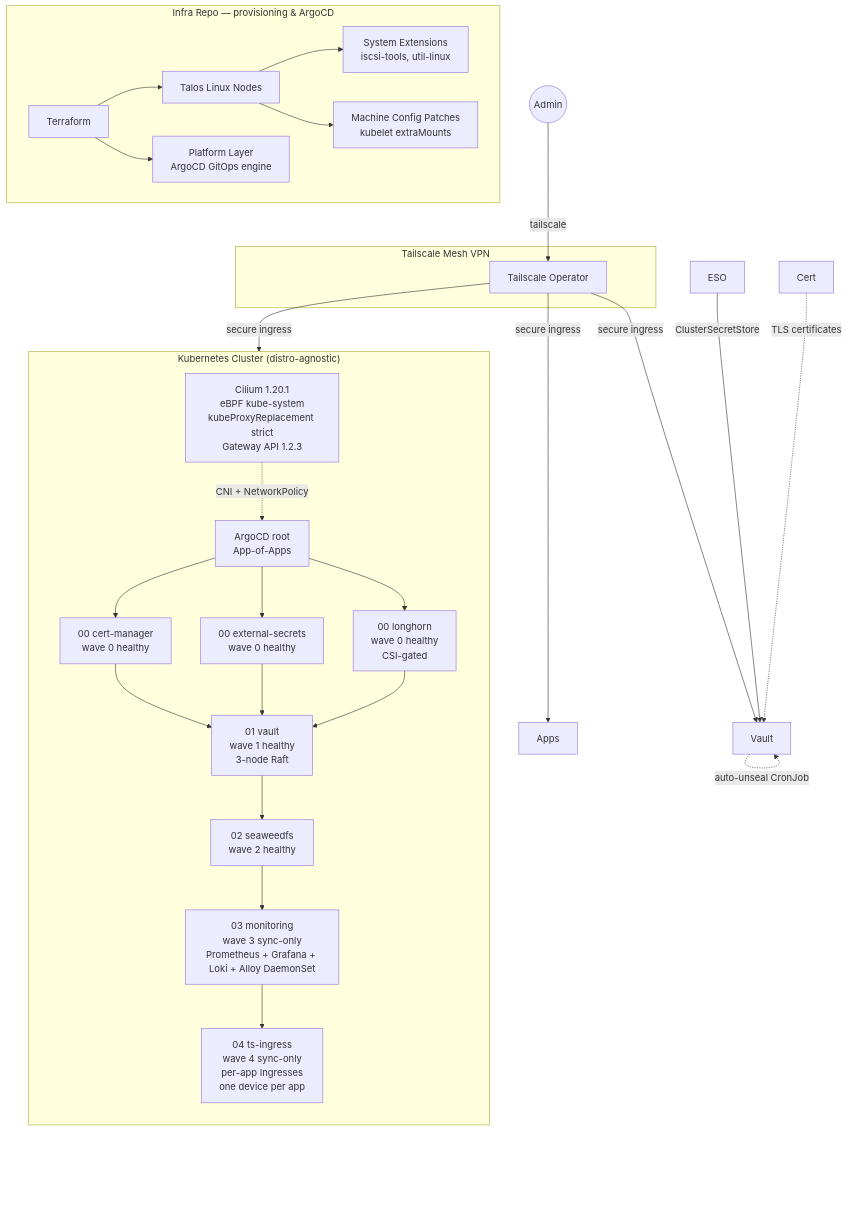
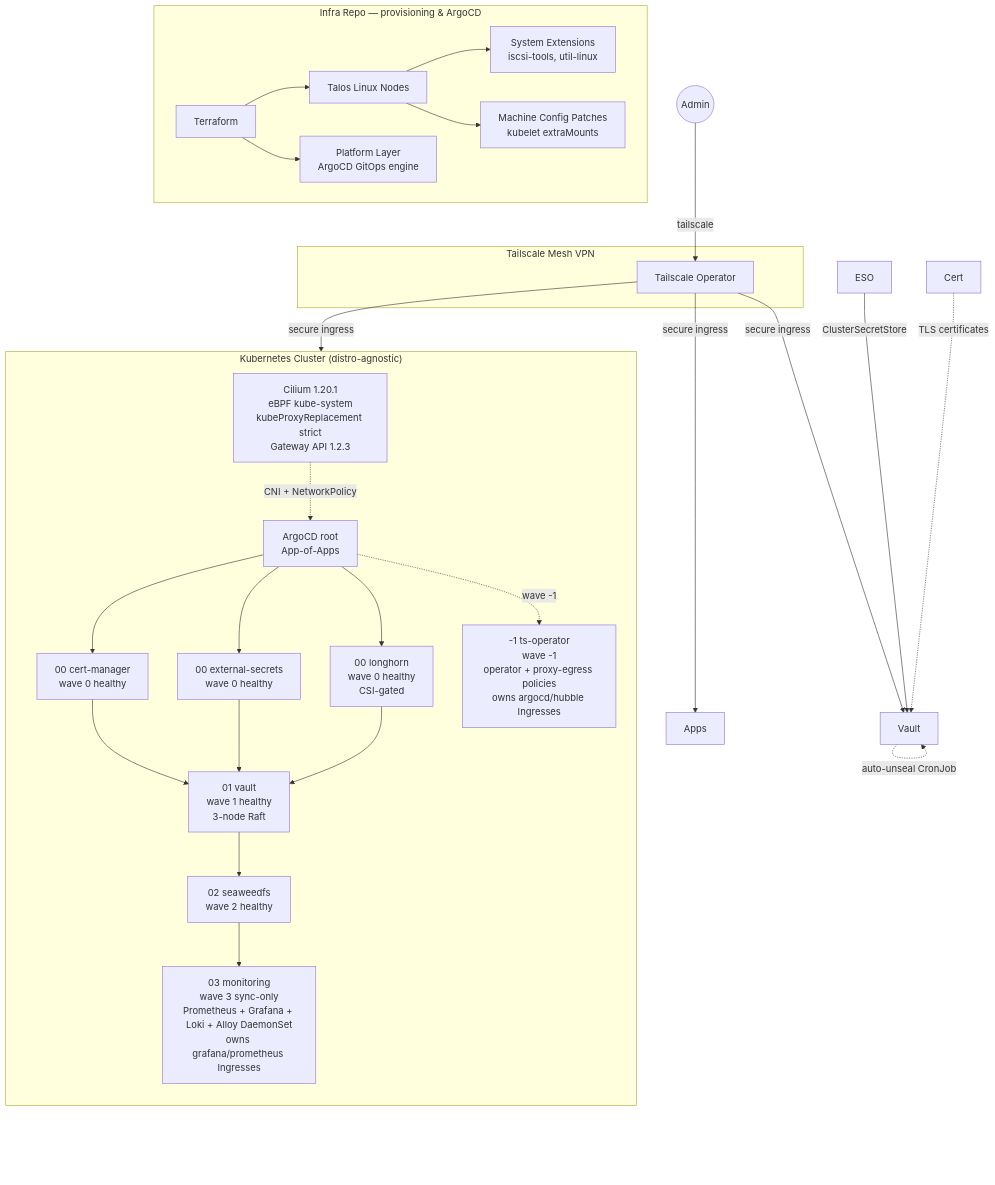
Before and after one commit to Seom88/secured-gitops-tailscale-homelab: the diagram in README.md, drawn with Mermaid. The commit also changed other lines of this file and 10 other files, not shown here.

First line of the commit message:
docs: ts-ingress chart deleted, ingresses owned by charts

````diff
--- a/README.md
+++ b/README.md
@@ -77,47 +77,47 @@
 ```mermaid
 graph TD
     subgraph "Infra Repo — provisioning & ArgoCD"
         TF[Terraform]
         TALOS[Talos Linux Nodes]
         EXT[System Extensions<br/>iscsi-tools, util-linux]
         PATCH[Machine Config Patches<br/>kubelet extraMounts]
         PLATFORM[Platform Layer<br/>ArgoCD GitOps engine]
         TF --> TALOS
         TALOS --> EXT
         TALOS --> PATCH
         TF --> PLATFORM
     end
 
     subgraph "Tailscale Mesh VPN"
         TS[Tailscale Operator]
     end
 
     subgraph "Kubernetes Cluster (distro-agnostic)"
         direction TB
         CILIUM[Cilium 1.20.1<br/>eBPF kube-system<br/>kubeProxyReplacement strict<br/>Gateway API 1.2.3]
         ROOT[ArgoCD root<br/>App-of-Apps]
         W0A[00 cert-manager<br/>wave 0 healthy]
         W0B[00 external-secrets<br/>wave 0 healthy]
         W0C[00 longhorn<br/>wave 0 healthy<br/>CSI-gated]
         W1[01 vault<br/>wave 1 healthy<br/>3-node Raft]
         W2[02 seaweedfs<br/>wave 2 healthy]
-        W3[03 monitoring<br/>wave 3 sync-only<br/>Prometheus + Grafana + Loki + Alloy DaemonSet]
-        W4[04 ts-ingress<br/>wave 4 sync-only<br/>per-app Ingresses<br/>one device per app]
+        W3[03 monitoring<br/>wave 3 sync-only<br/>Prometheus + Grafana + Loki + Alloy DaemonSet<br/>owns grafana/prometheus Ingresses]
+        WOP[-1 ts-operator<br/>wave -1<br/>operator + proxy-egress policies<br/>owns argocd/hubble Ingresses]
 
         CILIUM -.->|CNI + NetworkPolicy| ROOT
         ROOT --> W0A & W0B & W0C
         W0A & W0B & W0C --> W1
         W1 --> W2
         W2 --> W3
-        W3 --> W4
+        ROOT -.->|wave -1| WOP
     end
 
     User((Admin)) -->|tailscale| TS
     TS -->|secure ingress| ROOT
     TS -->|secure ingress| Vault
     TS -->|secure ingress| Apps
 
     ESO -->|ClusterSecretStore| Vault
     Vault -.->|auto-unseal CronJob| Vault
     Cert -.->|TLS certificates| Vault
 ```
````
